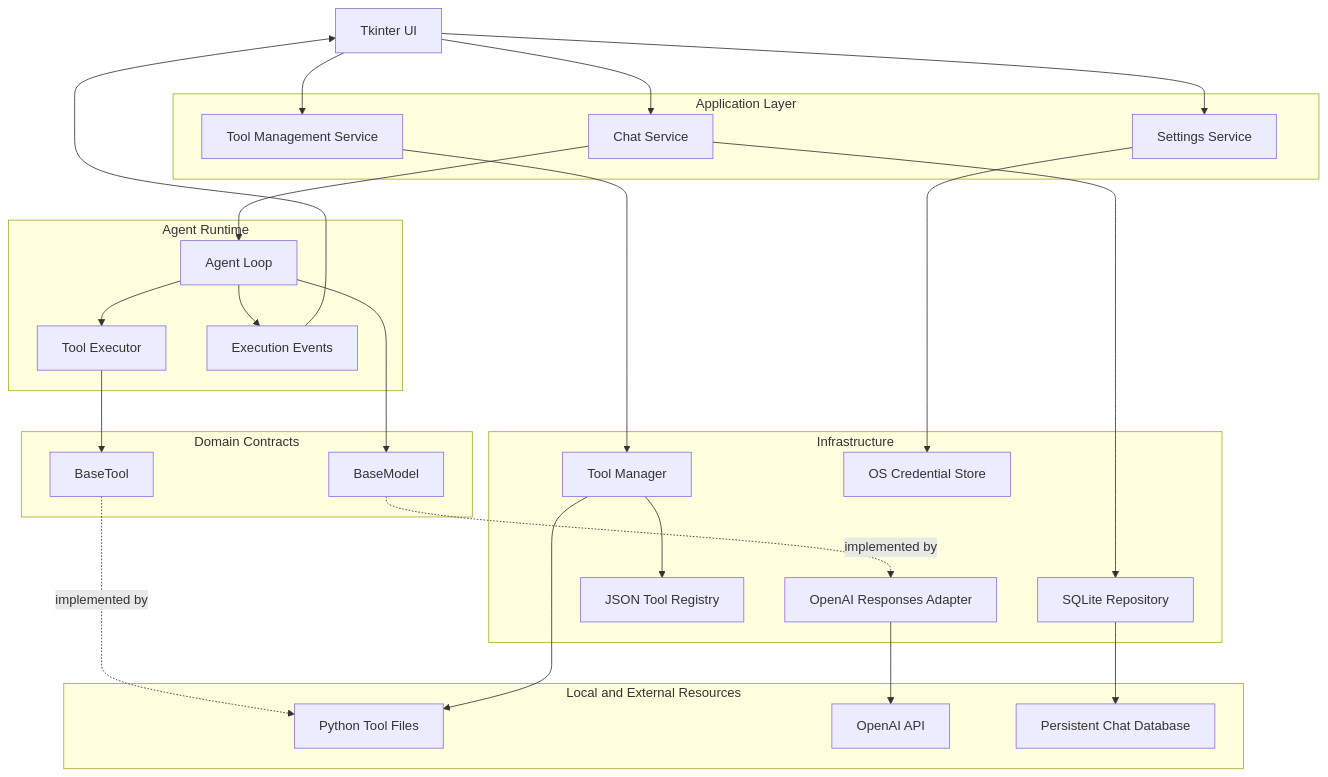
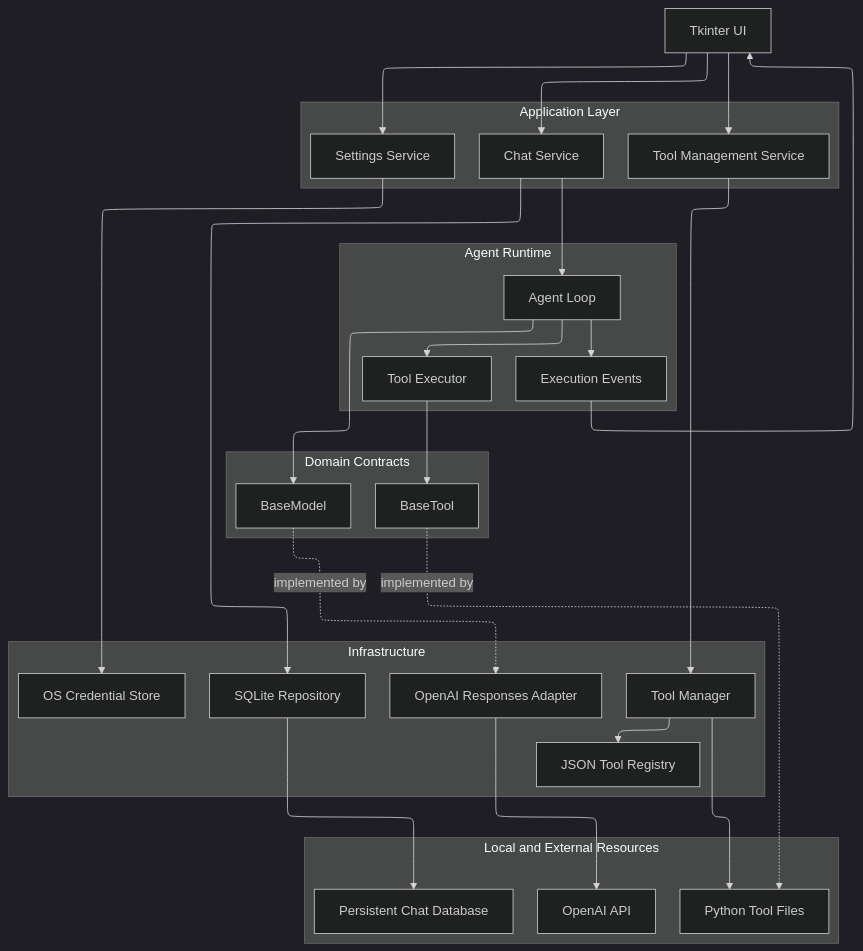
One commit to HDAI654/Zap changed the diagram in overall_architecture-v0.0.0.md. Above: the diagram before and after it, drawn with Mermaid.

Commit message:
update overall-architecutre diagram v0

````diff
--- a/overall_architecture-v0.0.0.md
+++ b/overall_architecture-v0.0.0.md
@@ -1,58 +1,63 @@
 ```mermaid
+---
+config:
+  theme: dark
+  layout: elk
+---
 flowchart TB
     UI["Tkinter UI"]
 
     subgraph APP["Application Layer"]
         Chat["Chat Service"]
         Settings["Settings Service"]
         ToolManagement["Tool Management Service"]
     end
 
     subgraph RUNTIME["Agent Runtime"]
         Agent["Agent Loop"]
         Executor["Tool Executor"]
         Events["Execution Events"]
     end
 
     subgraph DOMAIN["Domain Contracts"]
         ModelABC["BaseModel"]
         ToolABC["BaseTool"]
     end
 
     subgraph INFRA["Infrastructure"]
         OpenAI["OpenAI Responses Adapter"]
         ToolManager["Tool Manager"]
         Registry["JSON Tool Registry"]
         Database["SQLite Repository"]
         KeyStore["OS Credential Store"]
     end
 
     subgraph EXTERNAL["Local and External Resources"]
         Tools["Python Tool Files"]
         API["OpenAI API"]
         ChatDB["Persistent Chat Database"]
     end
 
     UI --> Chat
     UI --> Settings
     UI --> ToolManagement
 
     Chat --> Agent
     Agent --> ModelABC
     Agent --> Executor
     Executor --> ToolABC
     Agent --> Events
     Events --> UI
 
     ModelABC -.implemented by.-> OpenAI
     OpenAI --> API
 
     ToolABC -.implemented by.-> Tools
     ToolManagement --> ToolManager
     ToolManager --> Registry
     ToolManager --> Tools
 
     Chat --> Database
     Database --> ChatDB
     Settings --> KeyStore
 ```
````
